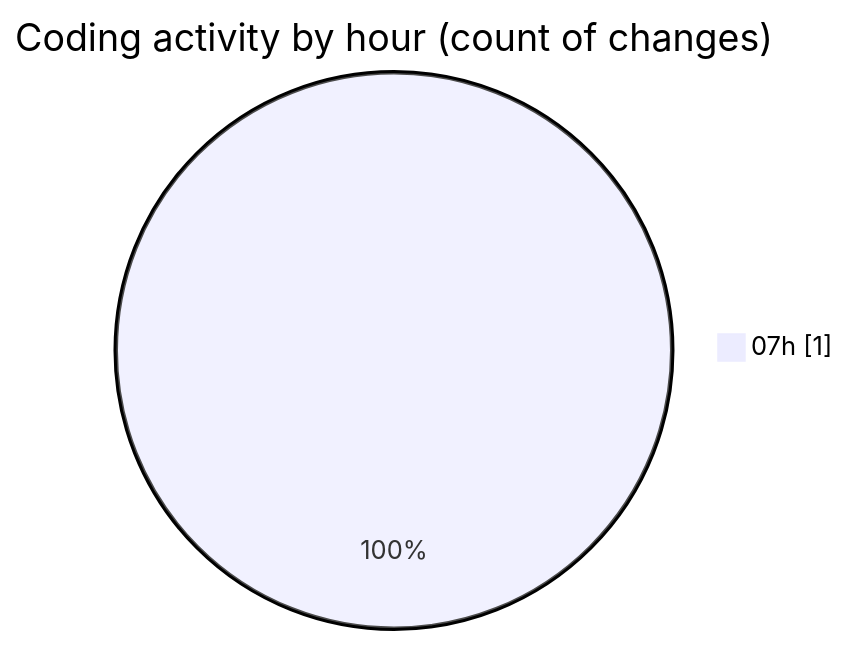
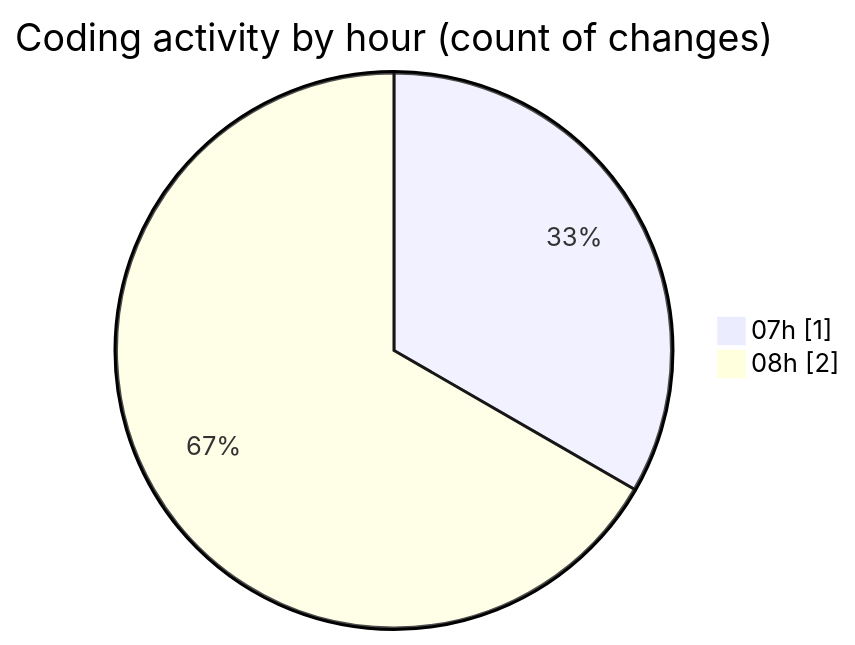
One commit to tmsrecording-cyber/code-tracking changed the second of 2 diagrams in 2026-02-02/singularitybrainai/README.md. Above: the diagram before and after it, drawn with Mermaid. The commit also changed other lines of this file and 1 other file, not shown here.

````diff
--- a/2026-02-02/singularitybrainai/README.md
+++ b/2026-02-02/singularitybrainai/README.md
@@ -28,5 +28,6 @@
 ```mermaid
 pie showData
 title Coding activity by hour (count of changes)
 "07h" : 1
+"08h" : 2
 ```
````
